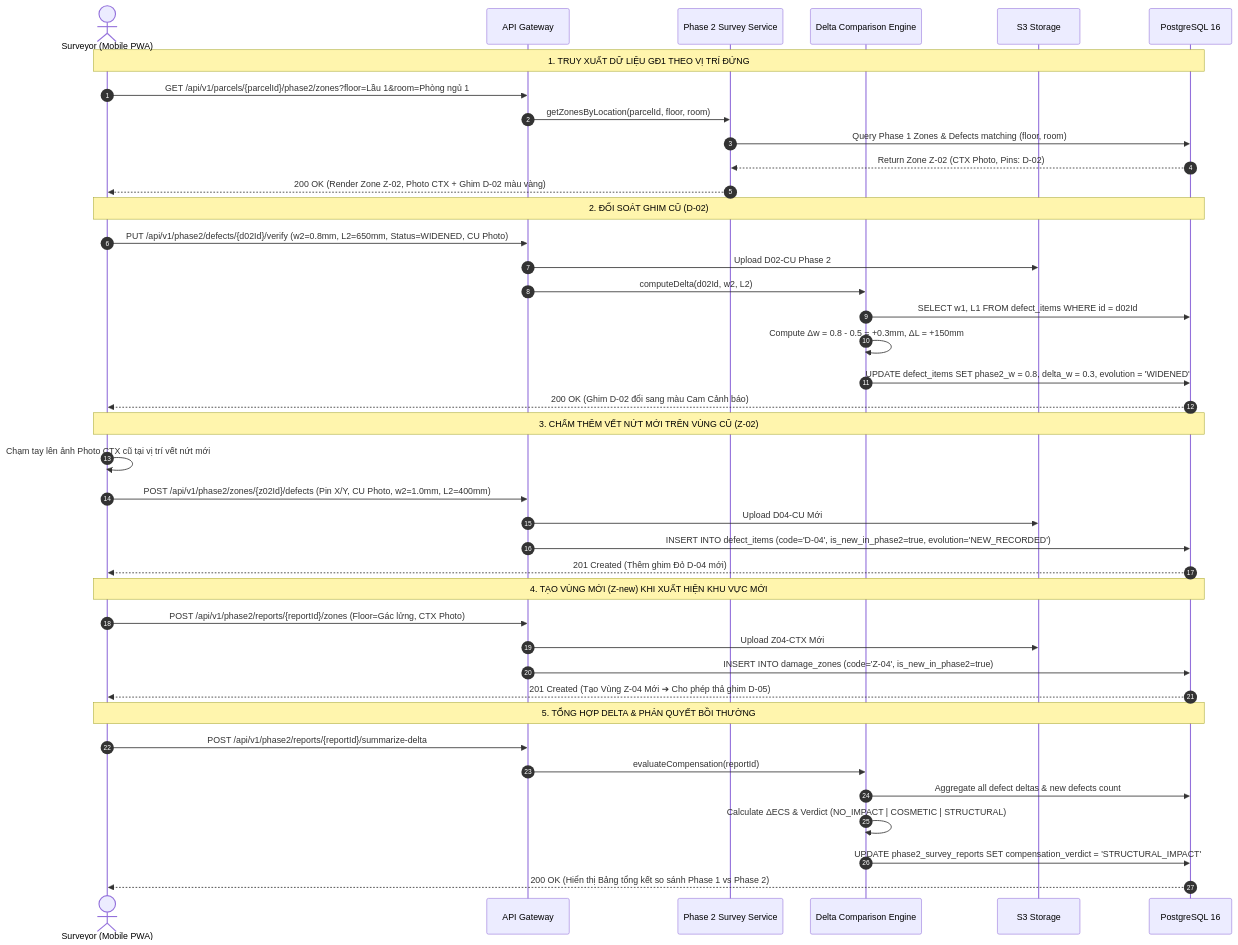
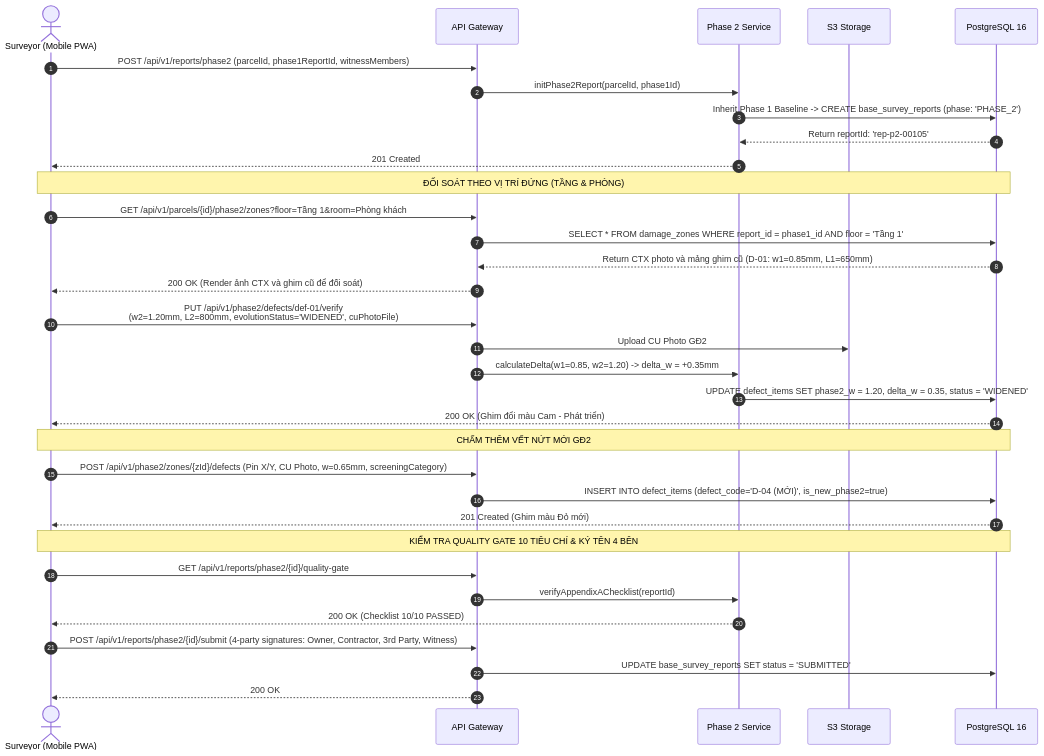
The fourth of 8 diagrams in srs/notchange/SEQUENCE_DIAGRAMS.md (Vqd2k6/BCR-System), drawn with Mermaid before and after one commit. The commit also changed other lines of this file and 5 other files, not shown here.

Commit message:
docs(srs): map and synchronize 100% of Class Diagram, Use Cases, Sequence Diagrams, Activity Diagrams, and Survey Forms with API Specification

````diff
--- a/srs/notchange/SEQUENCE_DIAGRAMS.md
+++ b/srs/notchange/SEQUENCE_DIAGRAMS.md
@@ -156,47 +156,41 @@
 ```mermaid
 sequenceDiagram
     autonumber
     actor S as Surveyor (Mobile PWA)
     participant GW as API Gateway
-    participant P2S as Phase 2 Survey Service
-    participant DE as Delta Comparison Engine
+    participant P2S as Phase 2 Service
     participant FS as S3 Storage
     participant DB as PostgreSQL 16
 
-    Note over S,DB: 1. TRUY XUẤT DỮ LIỆU GĐ1 THEO VỊ TRÍ ĐỨNG
-    S->>GW: GET /api/v1/parcels/{parcelId}/phase2/zones?floor=Lầu 1&room=Phòng ngủ 1
-    GW->>P2S: getZonesByLocation(parcelId, floor, room)
-    P2S->>DB: Query Phase 1 Zones & Defects matching (floor, room)
-    DB-->>P2S: Return Zone Z-02 (CTX Photo, Pins: D-02)
-    P2S-->>S: 200 OK (Render Zone Z-02, Photo CTX + Ghim D-02 màu vàng)
+    S->>GW: POST /api/v1/reports/phase2 (parcelId, phase1ReportId, witnessMembers)
+    GW->>P2S: initPhase2Report(parcelId, phase1Id)
+    P2S->>DB: Inherit Phase 1 Baseline -> CREATE base_survey_reports (phase: 'PHASE_2')
+    DB-->>P2S: Return reportId: 'rep-p2-00105'
+    P2S-->>S: 201 Created
 
-    Note over S,DB: 2. ĐỐI SOÁT GHIM CŨ (D-02)
-    S->>GW: PUT /api/v1/phase2/defects/{d02Id}/verify (w2=0.8mm, L2=650mm, Status=WIDENED, CU Photo)
-    GW->>FS: Upload D02-CU Phase 2
-    GW->>DE: computeDelta(d02Id, w2, L2)
-    DE->>DB: SELECT w1, L1 FROM defect_items WHERE id = d02Id
-    DE->>DE: Compute Δw = 0.8 - 0.5 = +0.3mm, ΔL = +150mm
-    DE->>DB: UPDATE defect_items SET phase2_w = 0.8, delta_w = 0.3, evolution = 'WIDENED'
-    DB-->>S: 200 OK (Ghim D-02 đổi sang màu Cam Cảnh báo)
+    Note over S,DB: ĐỐI SOÁT THEO VỊ TRÍ ĐỨNG (TẦNG & PHÒNG)
+    S->>GW: GET /api/v1/parcels/{id}/phase2/zones?floor=Tầng 1&room=Phòng khách
+    GW->>DB: SELECT * FROM damage_zones WHERE report_id = phase1_id AND floor = 'Tầng 1'
+    DB-->>GW: Return CTX photo và mảng ghim cũ (D-01: w1=0.85mm, L1=650mm)
+    GW-->>S: 200 OK (Render ảnh CTX và ghim cũ để đối soát)
 
-    Note over S,DB: 3. CHẤM THÊM VẾT NỨT MỚI TRÊN VÙNG CŨ (Z-02)
-    S->>S: Chạm tay lên ảnh Photo CTX cũ tại vị trí vết nứt mới
-    S->>GW: POST /api/v1/phase2/zones/{z02Id}/defects (Pin X/Y, CU Photo, w2=1.0mm, L2=400mm)
-    GW->>FS: Upload D04-CU Mới
-    GW->>DB: INSERT INTO defect_items (code='D-04', is_new_in_phase2=true, evolution='NEW_RECORDED')
-    DB-->>S: 201 Created (Thêm ghim Đỏ D-04 mới)
+    S->>GW: PUT /api/v1/phase2/defects/def-01/verify<br>(w2=1.20mm, L2=800mm, evolutionStatus='WIDENED', cuPhotoFile)
+    GW->>FS: Upload CU Photo GĐ2
+    GW->>P2S: calculateDelta(w1=0.85, w2=1.20) -> delta_w = +0.35mm
+    P2S->>DB: UPDATE defect_items SET phase2_w = 1.20, delta_w = 0.35, status = 'WIDENED'
+    DB-->>S: 200 OK (Ghim đổi màu Cam - Phát triển)
 
-    Note over S,DB: 4. TẠO VÙNG MỚI (Z-new) KHI XUẤT HIỆN KHU VỰC MỚI
-    S->>GW: POST /api/v1/phase2/reports/{reportId}/zones (Floor=Gác lửng, CTX Photo)
-    GW->>FS: Upload Z04-CTX Mới
-    GW->>DB: INSERT INTO damage_zones (code='Z-04', is_new_in_phase2=true)
-    DB-->>S: 201 Created (Tạo Vùng Z-04 Mới ➔ Cho phép thả ghim D-05)
+    Note over S,DB: CHẤM THÊM VẾT NỨT MỚI GĐ2
+    S->>GW: POST /api/v1/phase2/zones/{zId}/defects (Pin X/Y, CU Photo, w=0.65mm, screeningCategory)
+    GW->>DB: INSERT INTO defect_items (defect_code='D-04 (MỚI)', is_new_phase2=true)
+    DB-->>S: 201 Created (Ghim màu Đỏ mới)
 
-    Note over S,DB: 5. TỔNG HỢP DELTA & PHÁN QUYẾT BỒI THƯỜNG
-    S->>GW: POST /api/v1/phase2/reports/{reportId}/summarize-delta
-    GW->>DE: evaluateCompensation(reportId)
-    DE->>DB: Aggregate all defect deltas & new defects count
-    DE->>DE: Calculate ΔECS & Verdict (NO_IMPACT | COSMETIC | STRUCTURAL)
-    DE->>DB: UPDATE phase2_survey_reports SET compensation_verdict = 'STRUCTURAL_IMPACT'
-    DB-->>S: 200 OK (Hiển thị Bảng tổng kết so sánh Phase 1 vs Phase 2)
+    Note over S,DB: KIỂM TRA QUALITY GATE 10 TIÊU CHÍ & KÝ TÊN 4 BÊN
+    S->>GW: GET /api/v1/reports/phase2/{id}/quality-gate
+    GW->>P2S: verifyAppendixAChecklist(reportId)
+    P2S-->>S: 200 OK (Checklist 10/10 PASSED)
+
+    S->>GW: POST /api/v1/reports/phase2/{id}/submit (4-party signatures: Owner, Contractor, 3rd Party, Witness)
+    GW->>DB: UPDATE base_survey_reports SET status = 'SUBMITTED'
+    GW-->>S: 200 OK
 ```
````
